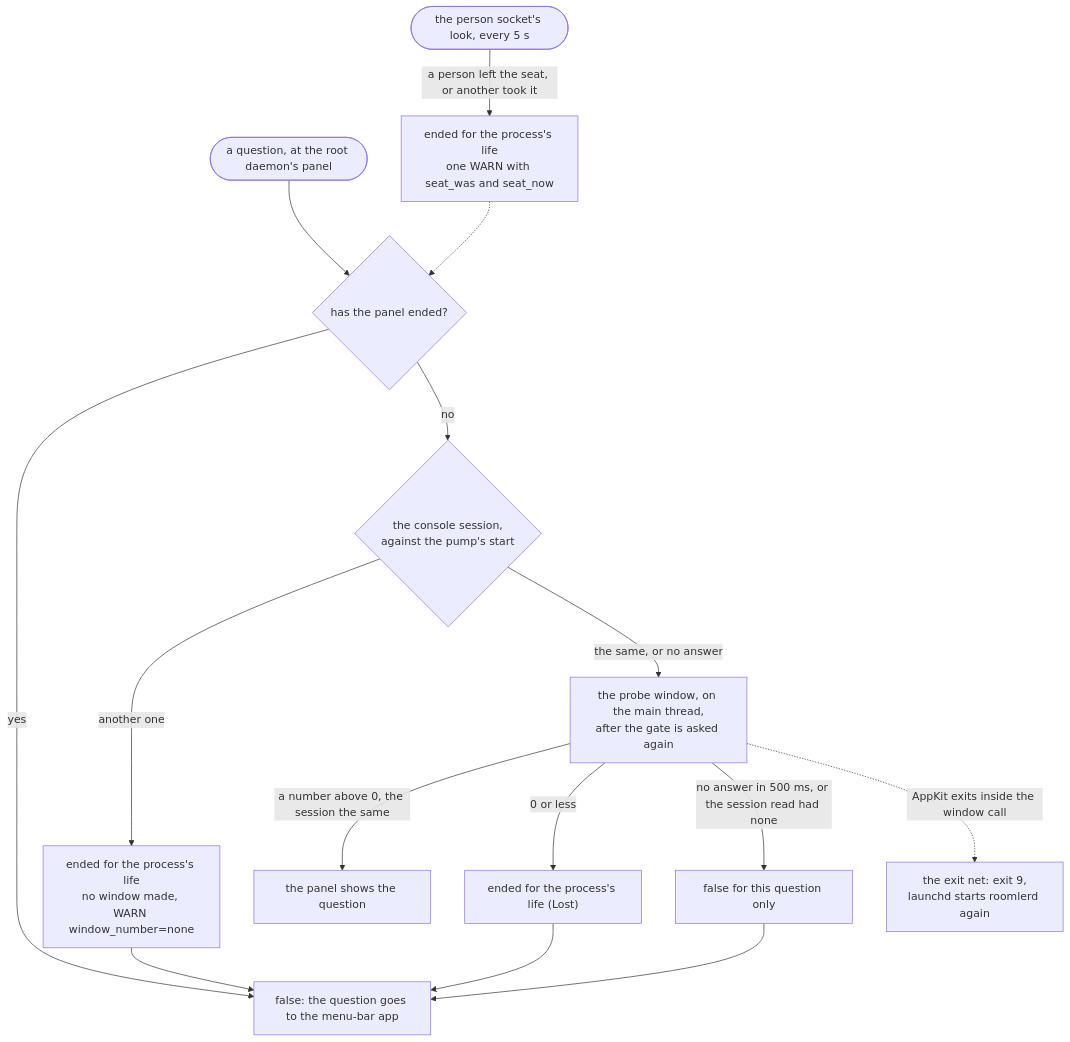
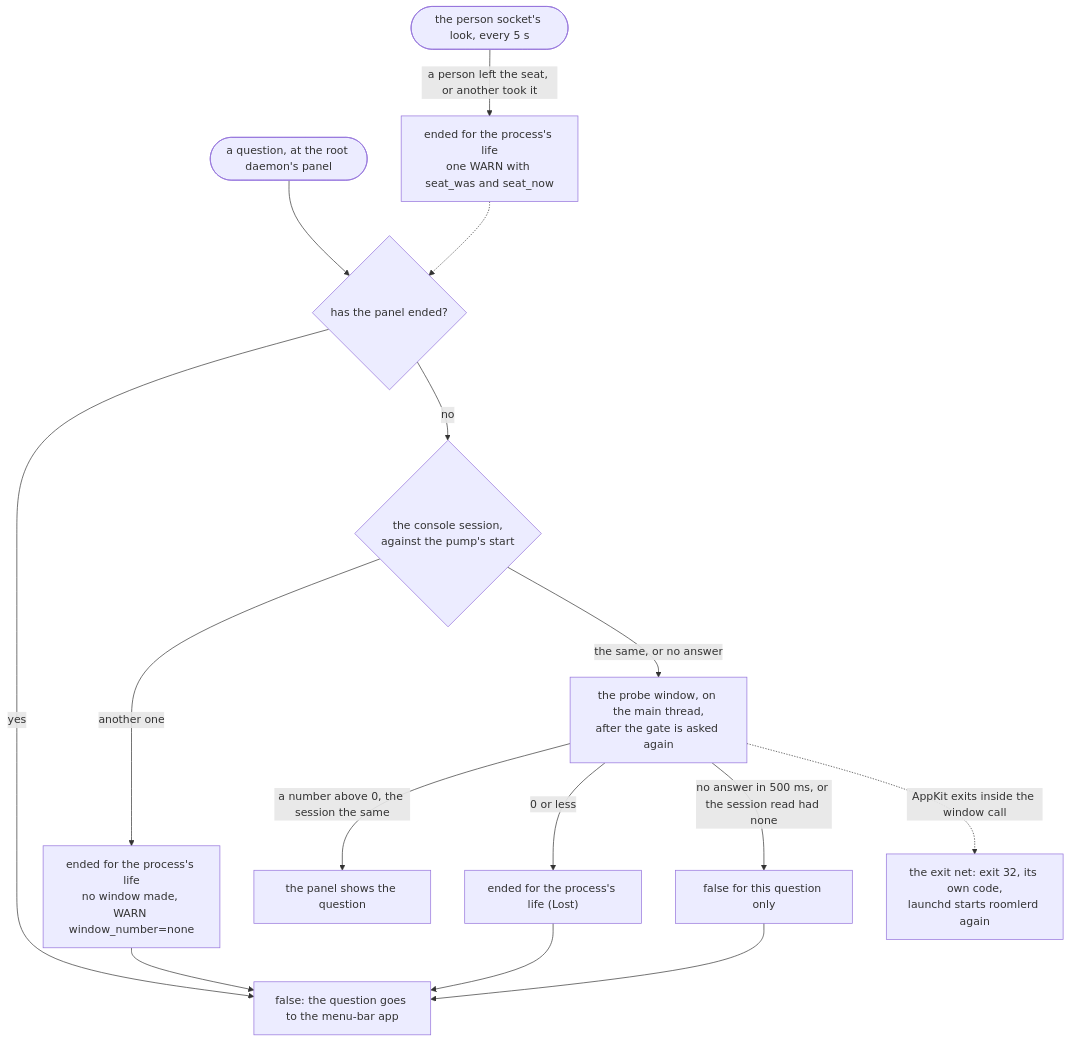
Before and after one commit to gjovanov/roomler-ai: diagram 26 of 45 in docs/desktop-companion.md, drawn with Mermaid. The commit also changed other lines of this file and 9 other files, not shown here.

````diff
--- a/docs/desktop-companion.md
+++ b/docs/desktop-companion.md
@@ -2390,17 +2390,17 @@
 ```mermaid
 flowchart TD
     Q(["a question, at the root daemon's panel"]) --> E{"has the panel ended?"}
     E -- "yes" --> APP["false: the question goes to the menu-bar app"]
     E -- "no" --> S{"the console session,<br/>against the pump's start"}
     S -- "another one" --> AS["ended for the process's life<br/>no window made, WARN window_number=none"]
     S -- "the same, or no answer" --> P["the probe window, on the main thread,<br/>after the gate is asked again"]
     P -- "a number above 0, the session the same" --> SHOW["the panel shows the question"]
     P -- "0 or less" --> LOST["ended for the process's life (Lost)"]
     P -- "no answer in 500 ms, or the session read had none" --> ONE["false for this question only"]
-    P -. "AppKit exits inside the window call" .-> NET["the exit net: exit 9,<br/>launchd starts roomlerd again"]
+    P -. "AppKit exits inside the window call" .-> NET["the exit net: exit 32, its own code,<br/>launchd starts roomlerd again"]
     LOOK(["the person socket's look, every 5 s"]) -- "a person left the seat, or another took it" --> SEAT["ended for the process's life<br/>one WARN with seat_was and seat_now"]
     AS --> APP
     LOST --> APP
     ONE --> APP
     SEAT -.-> E
 ```
````
